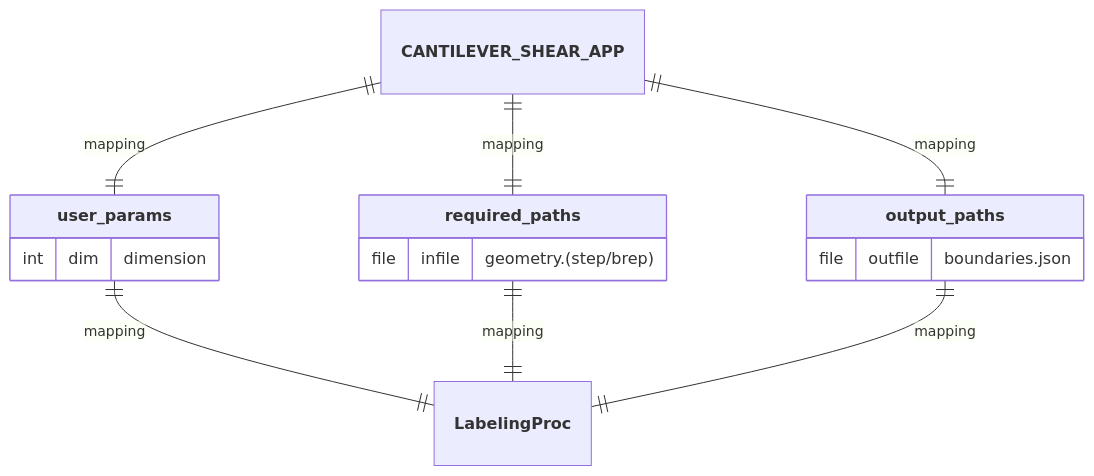
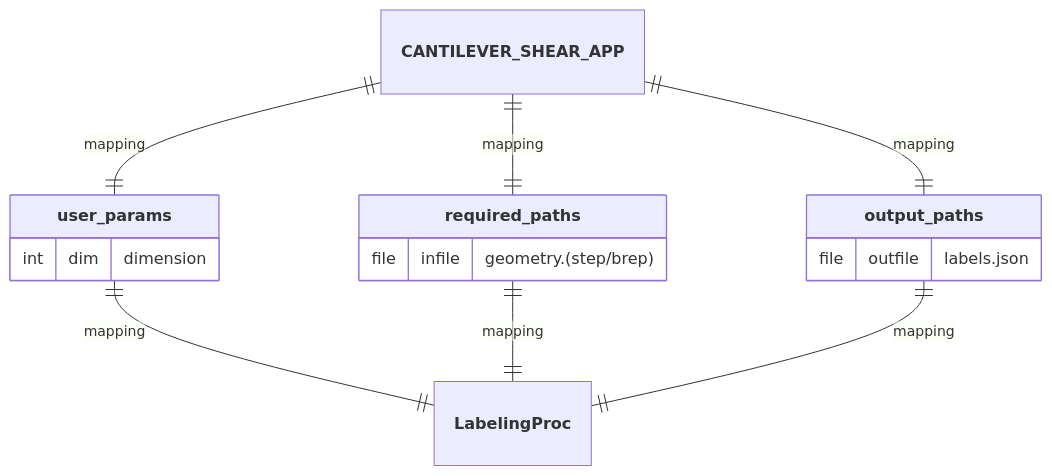
The third of 6 diagrams in docs/labs/Apps/cms/CANTILEVER_SHEAR_APP/app.md (nuremics/nuremics-docs), drawn with Mermaid before and after one commit. The commit also changed other lines of this file and 3 other files, not shown here.

````diff
--- a/docs/labs/Apps/cms/CANTILEVER_SHEAR_APP/app.md
+++ b/docs/labs/Apps/cms/CANTILEVER_SHEAR_APP/app.md
@@ -53,19 +53,19 @@
 ```mermaid
 erDiagram
   **CANTILEVER_SHEAR_APP** ||--|| **user_params** : mapping
   **CANTILEVER_SHEAR_APP** ||--|| **required_paths** : mapping
   **CANTILEVER_SHEAR_APP** ||--|| **output_paths** : mapping
   **user_params** ||--|| **LabelingProc** : mapping
   **required_paths** ||--|| **LabelingProc** : mapping
   **output_paths** ||--|| **LabelingProc** : mapping
 
   **user_params** {
     int dim "dimension"
   }
   **required_paths** {
     file infile "geometry.(step/brep)"
   }
   **output_paths** {
-    file outfile "boundaries.json"
+    file outfile "labels.json"
   }
 ```
````
